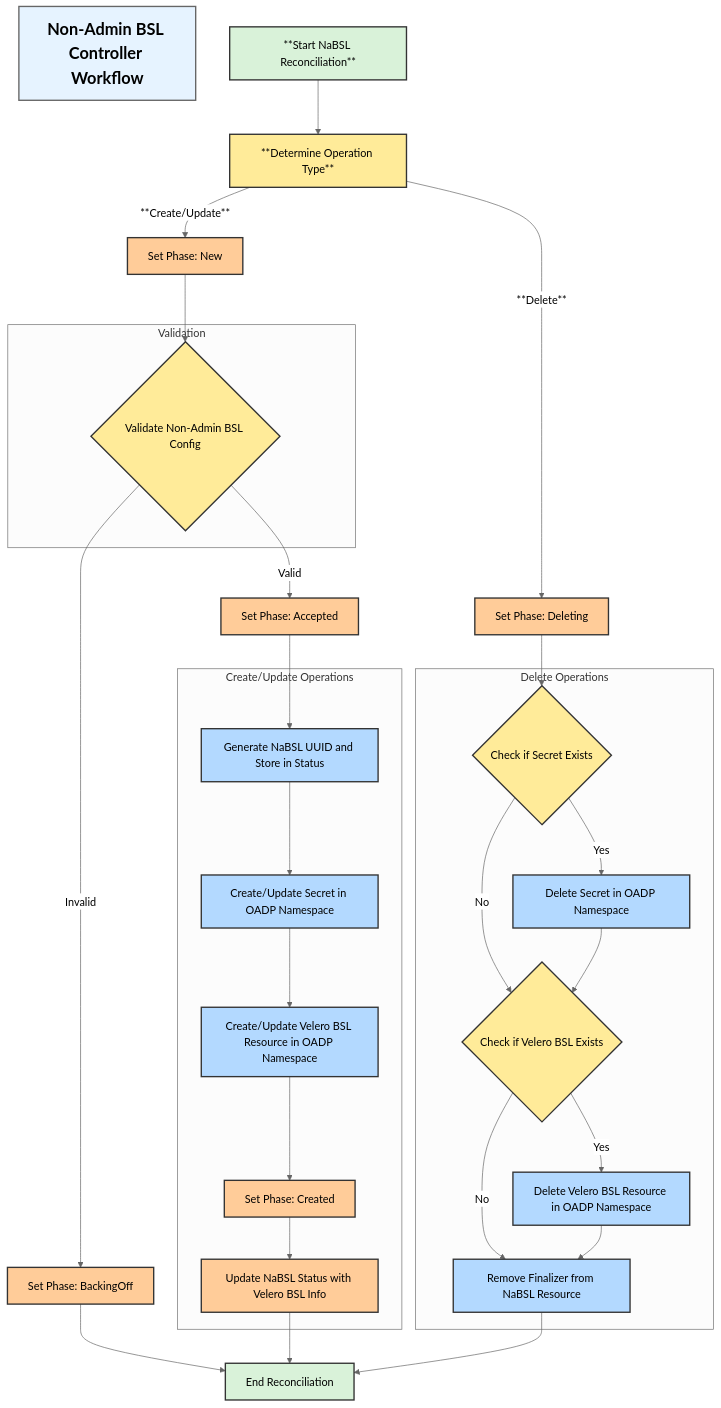
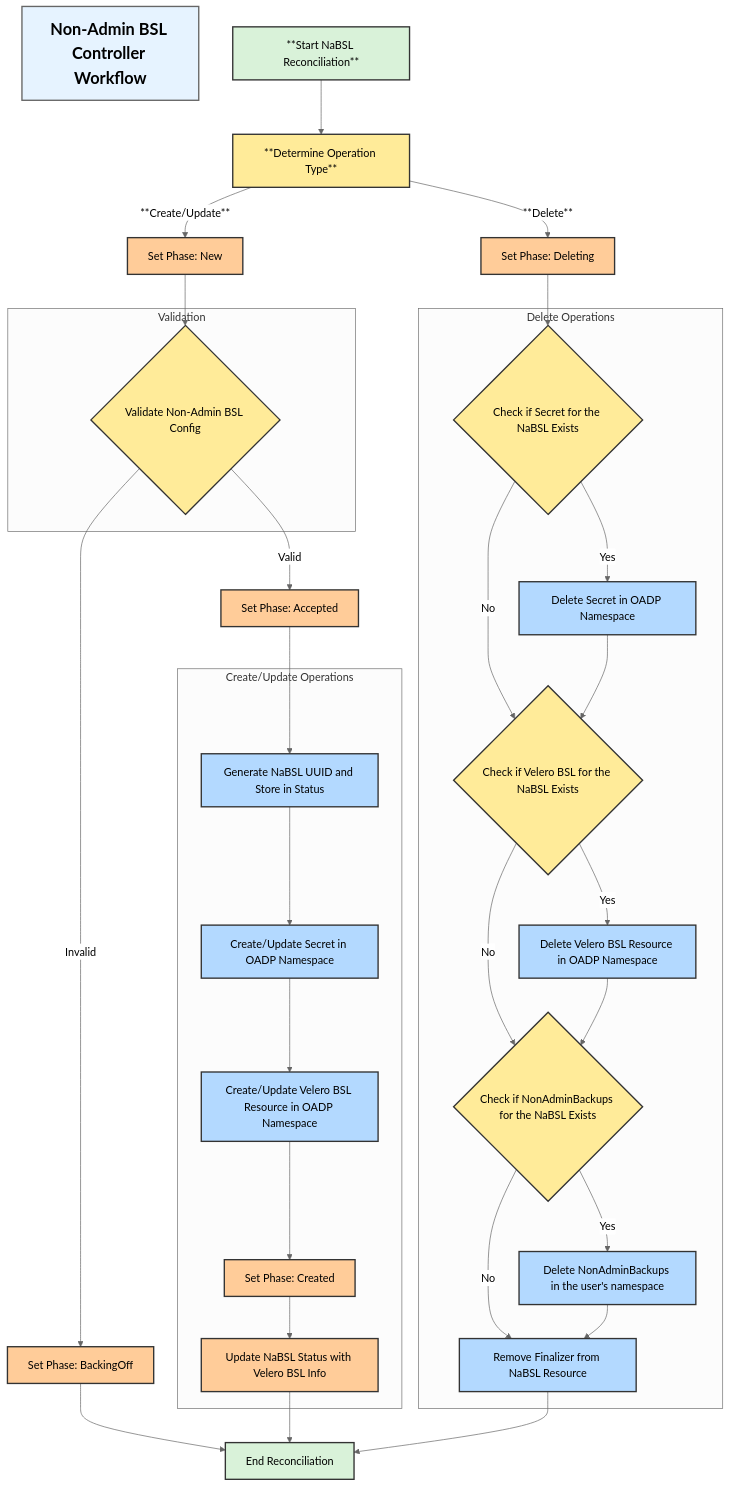
Before and after one commit to migtools/oadp-non-admin: the diagram in docs/design/non_admin_backupstoragelocation.md, drawn with Mermaid. The commit also changed other lines of this file and 1 other file, not shown here.

Commit message:
Remove associated Non Admin Backups during Non Admin BSL removal
Calls delete on the Non Admin Backup objects referencing Non Admin
BSL being removed. The Non Admin Backup controller will propagate
the deletion further to remove Velero Backup objects associated
with the Non Admin Backups.

````diff
--- a/docs/design/non_admin_backupstoragelocation.md
+++ b/docs/design/non_admin_backupstoragelocation.md
@@ -8,71 +8,77 @@
 ```mermaid
 %%{init: {'theme':'neutral'}}%%
 flowchart TD
     title[Non-Admin BSL Controller Workflow]
     style title font-size:24px,font-weight:bold,fill:#e6f3ff,stroke:#666,stroke-width:2px,stroke-dasharray: 0
 
     %% Start
     START[**Start NaBSL Reconciliation**] --> OPERATION[**Determine Operation Type**]
 
     %% Create/Update Flow
     OPERATION -->|**Create/Update**| SET_PHASE_NEW[Set Phase: New]
     SET_PHASE_NEW --> VALIDATE_CONFIG{Validate Non-Admin BSL Config}
     VALIDATE_CONFIG -->|Invalid| INVALID_CONFIG[Set Phase: BackingOff]
     VALIDATE_CONFIG -->|Valid| VALID_CONFIG[Set Phase: Accepted]
     VALID_CONFIG --> GENERATE_UUID[Generate NaBSL UUID and Store in Status]
 
     GENERATE_UUID --> CREATE_OR_UPDATE_SECRET[Create/Update Secret in OADP Namespace]
     CREATE_OR_UPDATE_SECRET --> CREATE_OR_UPDATE_BSL[Create/Update Velero BSL Resource in OADP Namespace]
     CREATE_OR_UPDATE_BSL --> SET_PHASE_CREATED[Set Phase: Created]
     SET_PHASE_CREATED --> UPDATE_STATUS[Update NaBSL Status with Velero BSL Info]
 
     %% Delete Flow
     OPERATION -->|**Delete**| SET_PHASE_DELETING[Set Phase: Deleting]
-    SET_PHASE_DELETING --> CHECK_SECRET_EXISTS{Check if Secret Exists}
+    SET_PHASE_DELETING --> CHECK_SECRET_EXISTS{Check if Secret for the NaBSL Exists}
     CHECK_SECRET_EXISTS -->|Yes| DELETE_SECRET[Delete Secret in OADP Namespace]
-    CHECK_SECRET_EXISTS -->|No| CHECK_BSL_EXISTS{Check if Velero BSL Exists}
+    CHECK_SECRET_EXISTS -->|No| CHECK_BSL_EXISTS{Check if Velero BSL for the NaBSL Exists}
 
     DELETE_SECRET --> CHECK_BSL_EXISTS
     CHECK_BSL_EXISTS -->|Yes| DELETE_BSL[Delete Velero BSL Resource in OADP Namespace]
-    CHECK_BSL_EXISTS -->|No| REMOVE_FINALIZER[Remove Finalizer from NaBSL Resource]
+    CHECK_BSL_EXISTS -->|No| CHECK_BACKUPS_EXISTS{Check if NonAdminBackups for the NaBSL Exists}
 
-    DELETE_BSL --> REMOVE_FINALIZER
+    DELETE_BSL --> CHECK_BACKUPS_EXISTS
+    CHECK_BACKUPS_EXISTS -->|Yes| DELETE_BACKUPS[Delete NonAdminBackups in the user's namespace]
+    CHECK_BACKUPS_EXISTS -->|No| REMOVE_FINALIZER[Remove Finalizer from NaBSL Resource]
+
+    DELETE_BACKUPS --> REMOVE_FINALIZER
 
     %% Endpoints
     INVALID_CONFIG --> END[End Reconciliation]
     UPDATE_STATUS --> END
     REMOVE_FINALIZER --> END
 
     %% Subgraphs
     subgraph "Validation"
     VALIDATE_CONFIG
     end
 
     subgraph "Create/Update Operations"
     GENERATE_UUID
     CREATE_OR_UPDATE_SECRET
     CREATE_OR_UPDATE_BSL
     SET_PHASE_CREATED
     UPDATE_STATUS
     end
 
     subgraph "Delete Operations"
     CHECK_SECRET_EXISTS
     DELETE_SECRET
     CHECK_BSL_EXISTS
     DELETE_BSL
+    CHECK_BACKUPS_EXISTS
+    DELETE_BACKUPS
     REMOVE_FINALIZER
     end
 
     %% Styling
     classDef phase fill:#ffcc99,stroke:#333,stroke-width:2px
     classDef process fill:#b3d9ff,stroke:#333,stroke-width:2px
     classDef decision fill:#ffeb99,stroke:#333,stroke-width:2px
     classDef endpoint fill:#d9f2d9,stroke:#333,stroke-width:2px
 
     %% Apply styles
     class START,END endpoint
-    class OPERATION,VALIDATE_CONFIG,CHECK_SECRET_EXISTS,CHECK_BSL_EXISTS decision
-    class GENERATE_UUID,CREATE_OR_UPDATE_SECRET,CREATE_OR_UPDATE_BSL,DELETE_SECRET,DELETE_BSL,REMOVE_FINALIZER process
+    class OPERATION,VALIDATE_CONFIG,CHECK_SECRET_EXISTS,CHECK_BSL_EXISTS,CHECK_BACKUPS_EXISTS decision
+    class GENERATE_UUID,CREATE_OR_UPDATE_SECRET,CREATE_OR_UPDATE_BSL,DELETE_SECRET,DELETE_BSL,DELETE_BACKUPS,REMOVE_FINALIZER process
     class INVALID_CONFIG,UPDATE_STATUS,VALID_CONFIG,SET_PHASE_DELETING,SET_PHASE_NEW,SET_PHASE_CREATED phase
 ```
````
